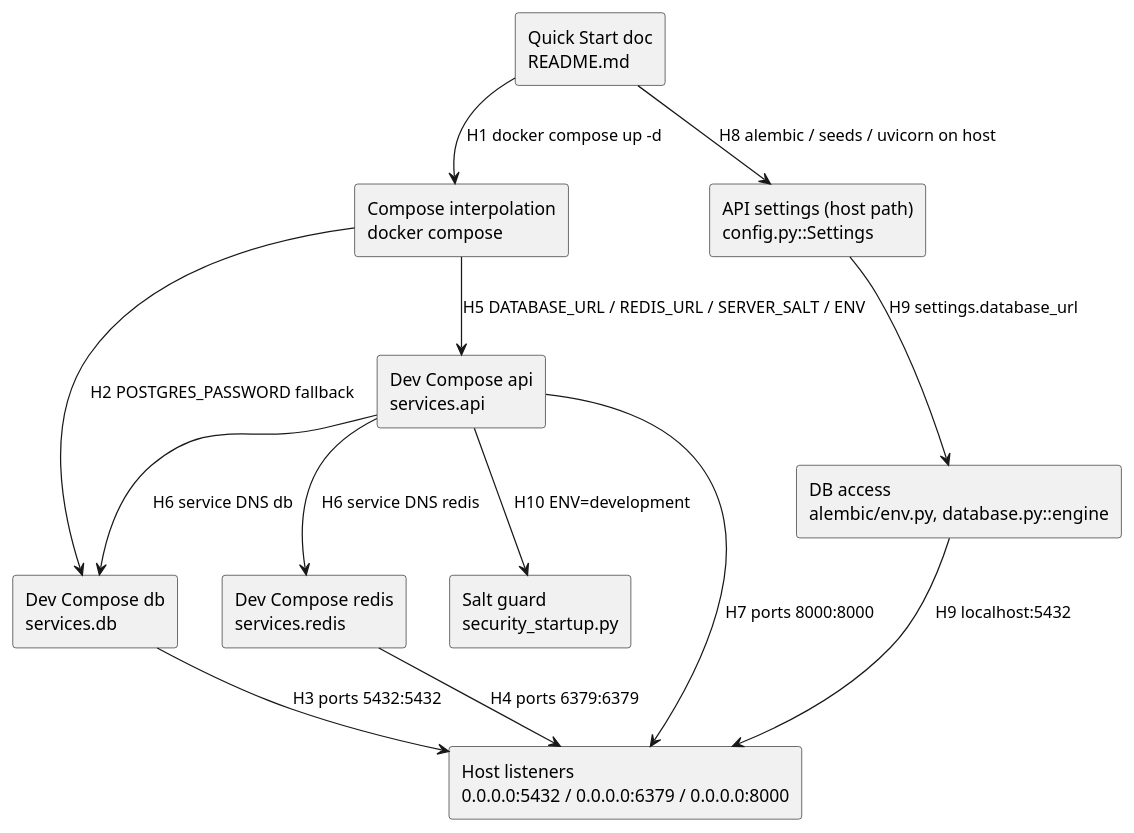
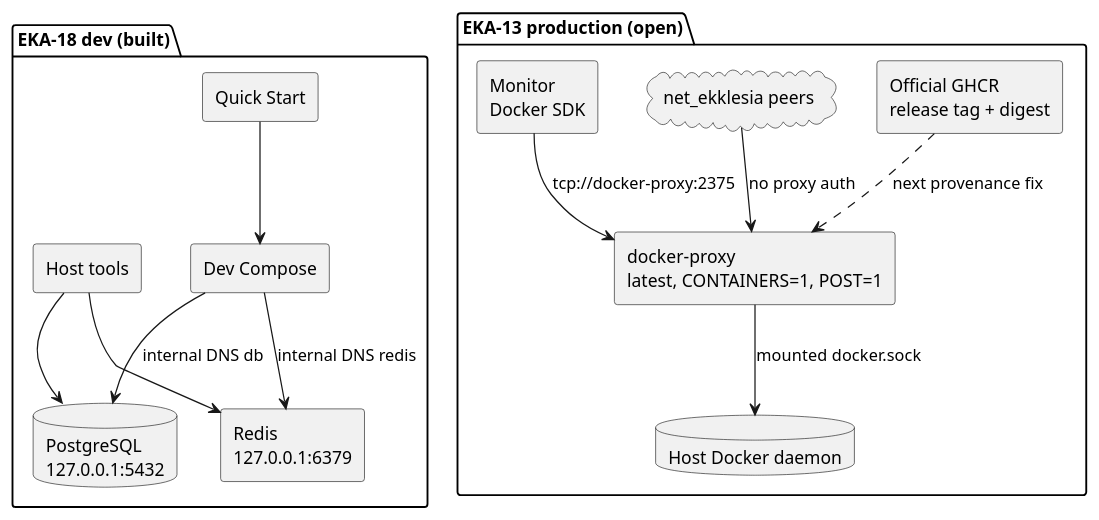
Before and after one commit to NeaBouli/pnyx: the second of 2 diagrams in docs/architecture/map.puml, drawn with PlantUML. The commit also changed other lines of this file and 6 other files, not shown here.

Commit message:
docs(architecture): integrate EKA-13 container trust boundary

```diff
--- a/docs/architecture/map.puml
+++ b/docs/architecture/map.puml
@@ -26,26 +24,27 @@
 @startuml
-' Component diagram — arrows only for hops on the trace
 skinparam componentStyle rectangle
-component "Quick Start doc\nREADME.md" as README
-component "Compose interpolation\ndocker compose" as INTERP
-component "Dev Compose db\nservices.db" as DB
-component "Dev Compose redis\nservices.redis" as REDIS
-component "Dev Compose api\nservices.api" as API
-component "API settings (host path)\nconfig.py::Settings" as SETTINGS
-component "DB access\nalembic/env.py, database.py::engine" as DBACCESS
-component "Salt guard\nsecurity_startup.py" as GUARD
-component "Host listeners\n0.0.0.0:5432 / 0.0.0.0:6379 / 0.0.0.0:8000" as HOST
+package "EKA-18 dev (built)" {
+  component "Quick Start" as QUICK
+  component "Dev Compose" as DEV
+  component "Host tools" as HOSTTOOLS
+  database "PostgreSQL\n127.0.0.1:5432" as DEVDB
+  component "Redis\n127.0.0.1:6379" as DEVREDIS
+  QUICK --> DEV
+  HOSTTOOLS --> DEVDB
+  HOSTTOOLS --> DEVREDIS
+  DEV --> DEVDB : internal DNS db
+  DEV --> DEVREDIS : internal DNS redis
+}
 
-README --> INTERP : H1 docker compose up -d
-INTERP --> DB : H2 POSTGRES_PASSWORD fallback
-INTERP --> API : H5 DATABASE_URL / REDIS_URL / SERVER_SALT / ENV
-DB --> HOST : H3 ports 5432:5432
-REDIS --> HOST : H4 ports 6379:6379
-API --> HOST : H7 ports 8000:8000
-API --> DB : H6 service DNS db
-API --> REDIS : H6 service DNS redis
-README --> SETTINGS : H8 alembic / seeds / uvicorn on host
-SETTINGS --> DBACCESS : H9 settings.database_url
-DBACCESS --> HOST : H9 localhost:5432
-API --> GUARD : H10 ENV=development
+package "EKA-13 production (open)" {
+  component "Monitor\nDocker SDK" as MON
+  component "docker-proxy\nlatest, CONTAINERS=1, POST=1" as PROXY
+  component "Official GHCR\nrelease tag + digest" as GHCR
+  database "Host Docker daemon" as DOCKER
+  cloud "net_ekklesia peers" as PEERS
+  MON --> PROXY : tcp://docker-proxy:2375
+  PEERS --> PROXY : no proxy auth
+  PROXY --> DOCKER : mounted docker.sock
+  GHCR ..> PROXY : next provenance fix
+}
 @enduml
```
